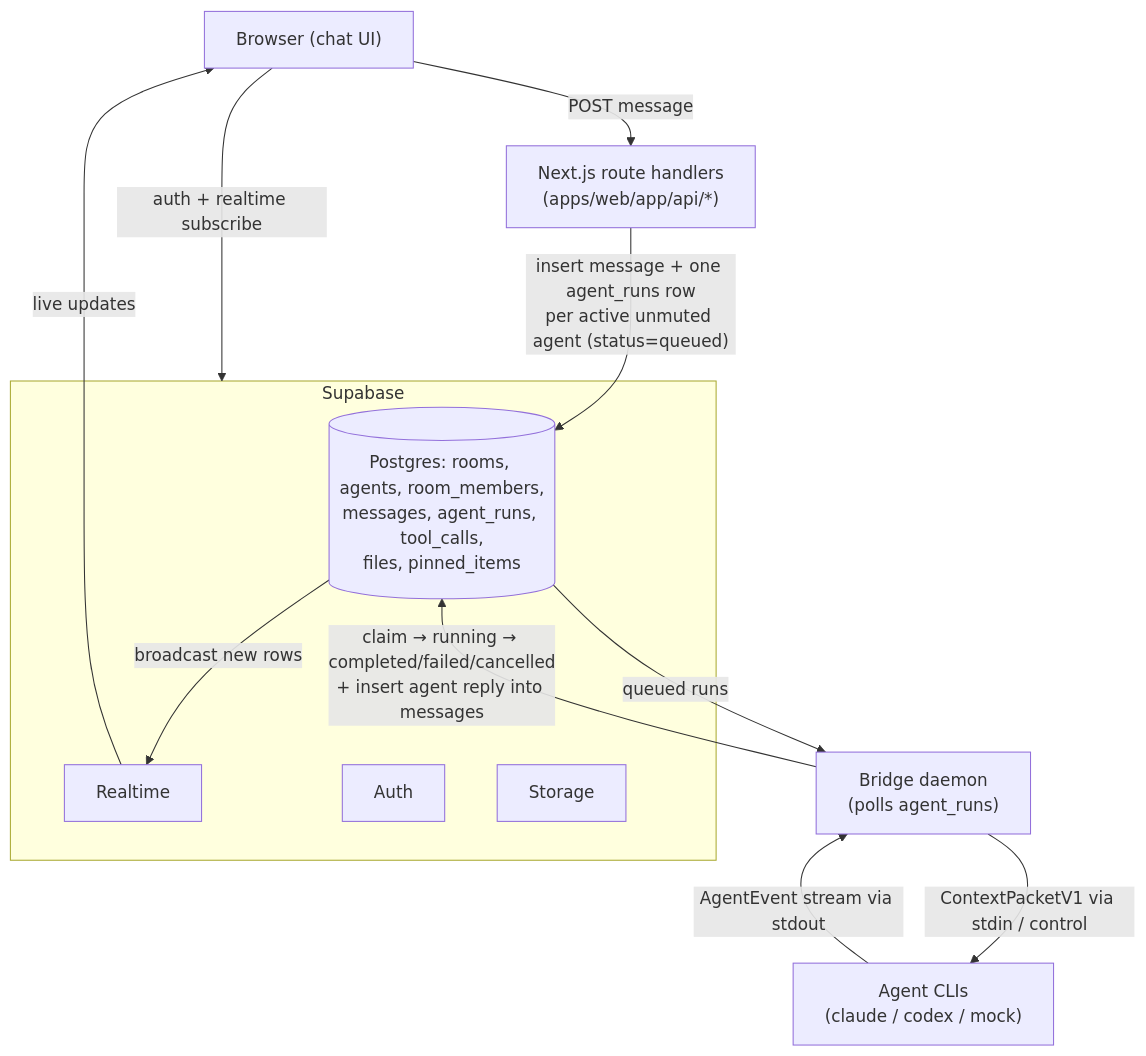
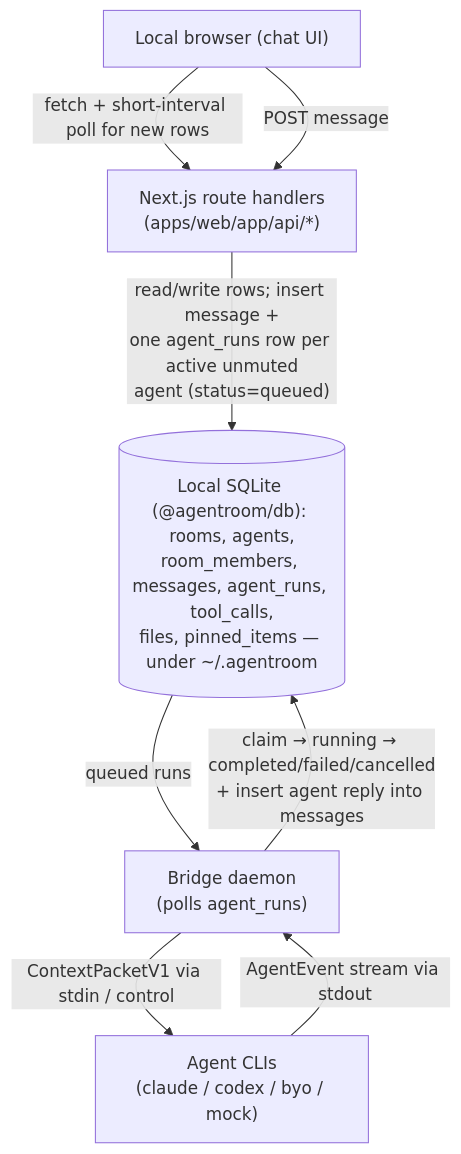
The diagram in docs/ARCHITECTURE.md (neric-joel/Whatsapp-Agents), drawn with Mermaid before and after one commit. The commit also changed other lines of this file and 39 other files, not shown here.

````diff
--- a/docs/ARCHITECTURE.md
+++ b/docs/ARCHITECTURE.md
@@ -32,23 +31,16 @@
 ```mermaid
 flowchart TD
-  Browser["Browser (chat UI)"]
-  subgraph Supabase
-    PG[("Postgres: rooms, agents, room_members,\nmessages, agent_runs, tool_calls,\nfiles, pinned_items")]
-    RT["Realtime"]
-    AU["Auth"]
-    ST["Storage"]
-  end
+  Browser["Local browser (chat UI)"]
+  DB[("Local SQLite (@agentroom/db): rooms, agents,\nroom_members, messages, agent_runs, tool_calls,\nfiles, pinned_items — under ~/.agentroom")]
   RH["Next.js route handlers\n(apps/web/app/api/*)"]
   Bridge["Bridge daemon\n(polls agent_runs)"]
-  CLIs["Agent CLIs\n(claude / codex / mock)"]
+  CLIs["Agent CLIs\n(claude / codex / byo / mock)"]
 
-  Browser -- "auth + realtime subscribe" --> Supabase
+  Browser -- "fetch + short-interval poll for new rows" --> RH
   Browser -- "POST message" --> RH
-  RH -- "insert message + one agent_runs row\nper active unmuted agent (status=queued)" --> PG
-  PG -- "queued runs" --> Bridge
-  Bridge -- "claim → running → completed/failed/cancelled\n+ insert agent reply into messages" --> PG
+  RH -- "read/write rows; insert message +\none agent_runs row per active unmuted\nagent (status=queued)" --> DB
+  DB -- "queued runs" --> Bridge
+  Bridge -- "claim → running → completed/failed/cancelled\n+ insert agent reply into messages" --> DB
   Bridge -- "ContextPacketV1 via stdin / control" --> CLIs
   CLIs -- "AgentEvent stream via stdout" --> Bridge
-  PG -- "broadcast new rows" --> RT
-  RT -- "live updates" --> Browser
 ```
````
